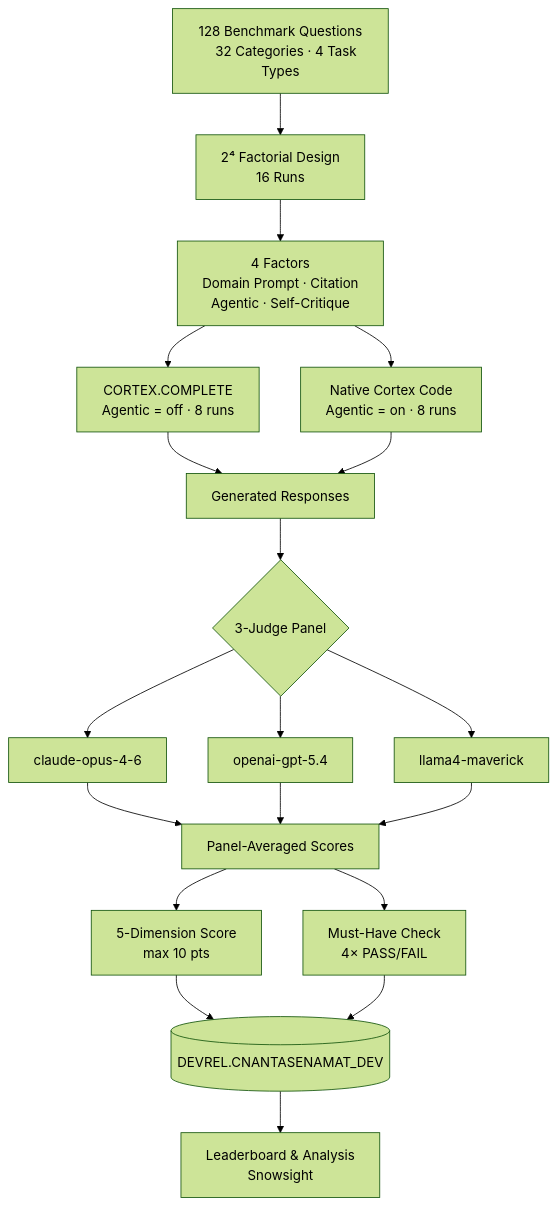
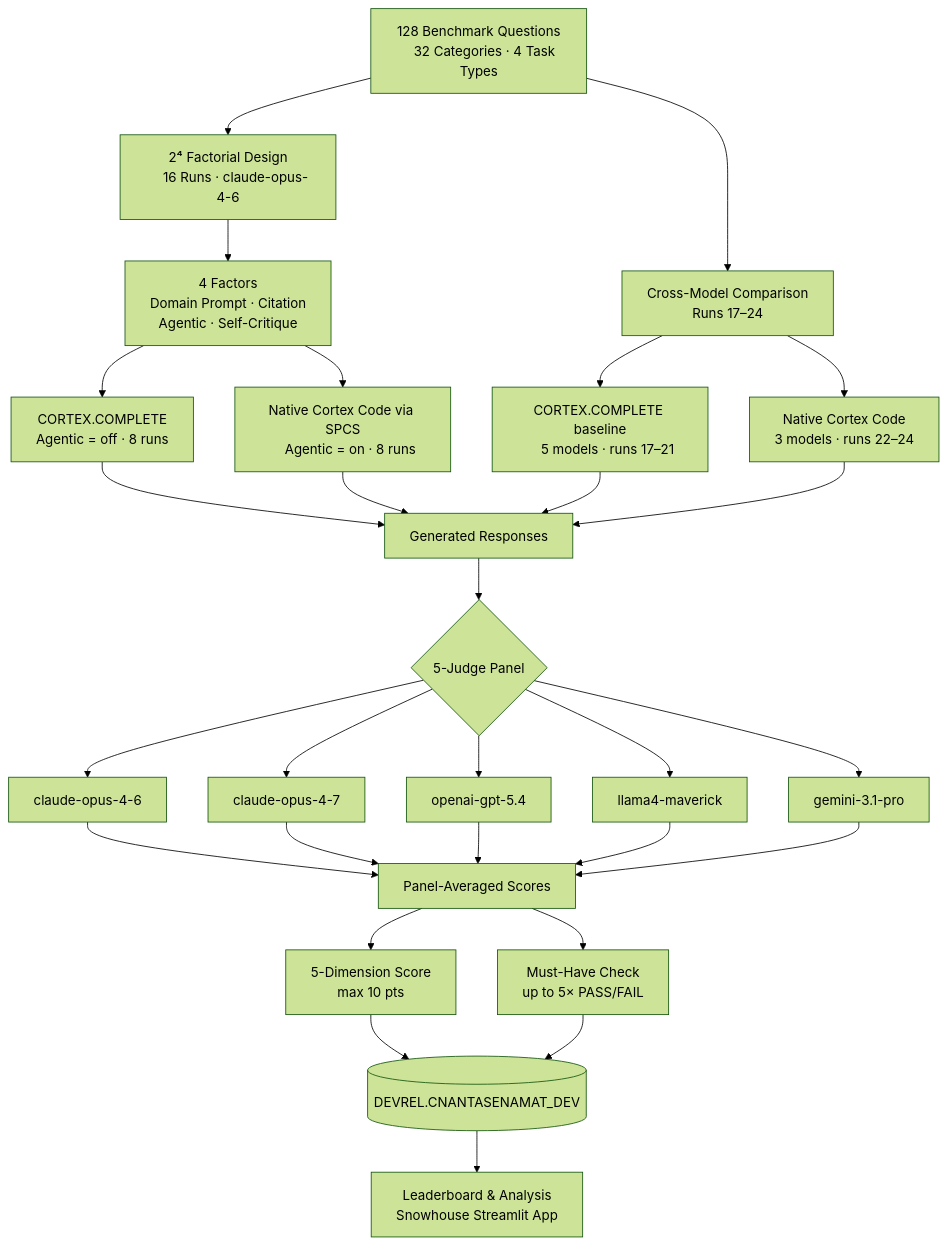
The diagram in README.md (sfc-gh-cnantasenamat/aeo-methodology), drawn with Mermaid (forest theme) before and after one commit. The commit also changed other lines of this file, not shown here.

Commit message:
README: update for v3 with cross-model results, 5-judge panel, multi-env Streamlit structure

````diff
--- a/README.md
+++ b/README.md
@@ -36,37 +64,50 @@
 ```mermaid
 flowchart TD
     A["128 Benchmark Questions
     32 Categories · 4 Task Types"] --> B["2⁴ Factorial Design
-    16 Runs"]
+    16 Runs · claude-opus-4-6"]
 
     B --> B1["4 Factors
     Domain Prompt · Citation
     Agentic · Self-Critique"]
 
     B1 --> E1["CORTEX.COMPLETE
     Agentic = off · 8 runs"]
-    B1 --> E2["Native Cortex Code
+    B1 --> E2["Native Cortex Code via SPCS
     Agentic = on · 8 runs"]
+
+    A --> CM["Cross-Model Comparison
+    Runs 17–24"]
+    CM --> CM1["CORTEX.COMPLETE baseline
+    5 models · runs 17–21"]
+    CM --> CM2["Native Cortex Code
+    3 models · runs 22–24"]
 
     E1 --> F[Generated Responses]
     E2 --> F
+    CM1 --> F
+    CM2 --> F
 
-    F --> G{3-Judge Panel}
+    F --> G{5-Judge Panel}
     G --> G1[claude-opus-4-6]
-    G --> G2[openai-gpt-5.4]
-    G --> G3[llama4-maverick]
+    G --> G2[claude-opus-4-7]
+    G --> G3[openai-gpt-5.4]
+    G --> G4[llama4-maverick]
+    G --> G5[gemini-3.1-pro]
 
     G1 --> H[Panel-Averaged Scores]
     G2 --> H
     G3 --> H
+    G4 --> H
+    G5 --> H
 
     H --> I["5-Dimension Score
     max 10 pts"]
     H --> J["Must-Have Check
-    4× PASS/FAIL"]
+    up to 5× PASS/FAIL"]
 
     I --> K[(DEVREL.CNANTASENAMAT_DEV)]
     J --> K
     K --> L["Leaderboard & Analysis
-    Snowsight"]
+    Snowhouse Streamlit App"]
 ```
````
